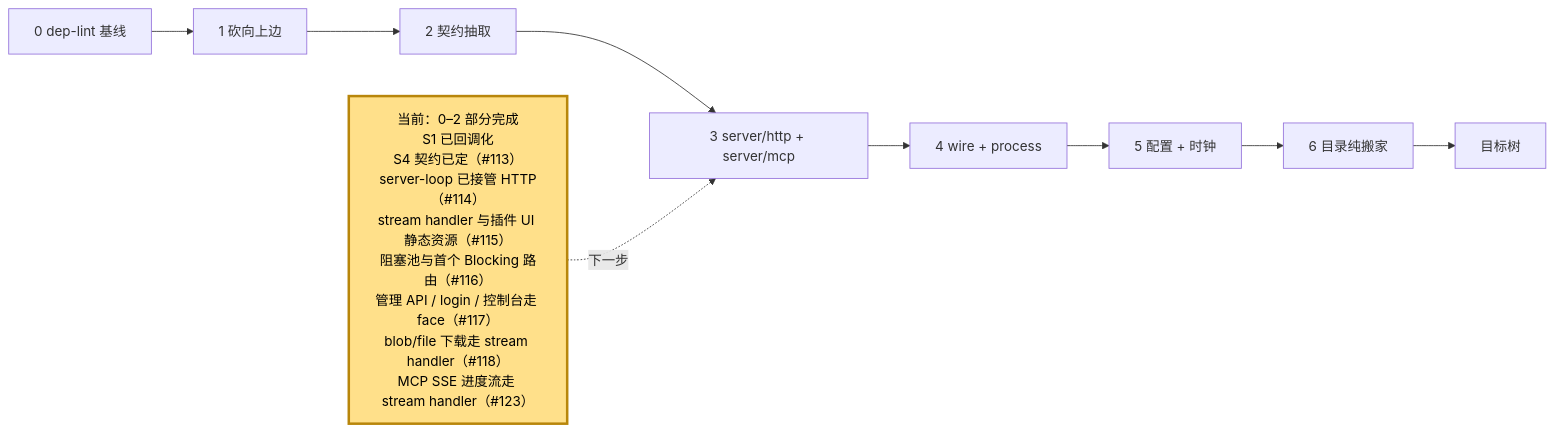
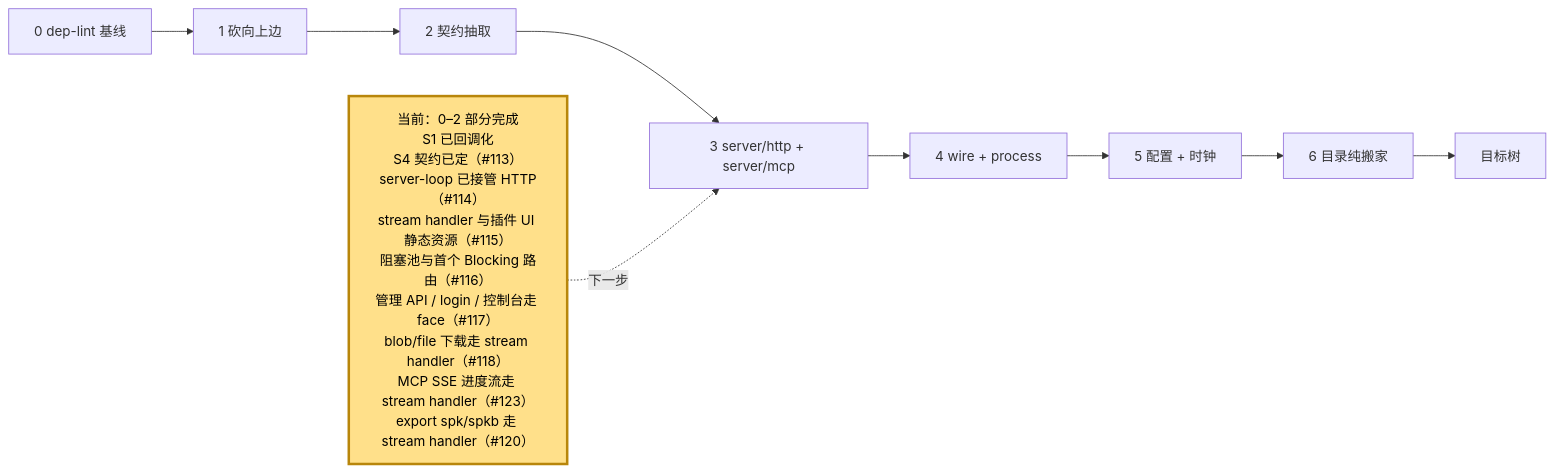
Before and after one commit to webxxxxx/plugin-manager: the fifth of 5 diagrams in docs/architecture.md, drawn with Mermaid. The commit also changed other lines of this file and 12 other files, not shown here.

First line of the commit message:
feat(server): export spk/spkb 走 sans-IO stream handler (#120)

````diff
--- a/docs/architecture.md
+++ b/docs/architecture.md
@@ -378,15 +378,15 @@
 ```mermaid
 flowchart LR
     S0["0 dep-lint 基线"] --> S1["1 砍向上边"]
     S1 --> S2["2 契约抽取"]
     S2 --> S3["3 server/http + server/mcp"]
     S3 --> S4["4 wire + process"]
     S4 --> S5["5 配置 + 时钟"]
     S5 --> S6["6 目录纯搬家"]
     S6 --> DONE["目标树"]
 
-    NOW["当前：0–2 部分完成<br/>S1 已回调化<br/>S4 契约已定（#113）<br/>server-loop 已接管 HTTP（#114）<br/>stream handler 与插件 UI 静态资源（#115）<br/>阻塞池与首个 Blocking 路由（#116）<br/>管理 API / login / 控制台走 face（#117）<br/>blob/file 下载走 stream handler（#118）<br/>MCP SSE 进度流走 stream handler（#123）"]:::current
+    NOW["当前：0–2 部分完成<br/>S1 已回调化<br/>S4 契约已定（#113）<br/>server-loop 已接管 HTTP（#114）<br/>stream handler 与插件 UI 静态资源（#115）<br/>阻塞池与首个 Blocking 路由（#116）<br/>管理 API / login / 控制台走 face（#117）<br/>blob/file 下载走 stream handler（#118）<br/>MCP SSE 进度流走 stream handler（#123）<br/>export spk/spkb 走 stream handler（#120）"]:::current
     NOW -.->|下一步| S3
 
     classDef current fill:#ffe08a,stroke:#b8860b,stroke-width:3px,color:#000
 ```
````
